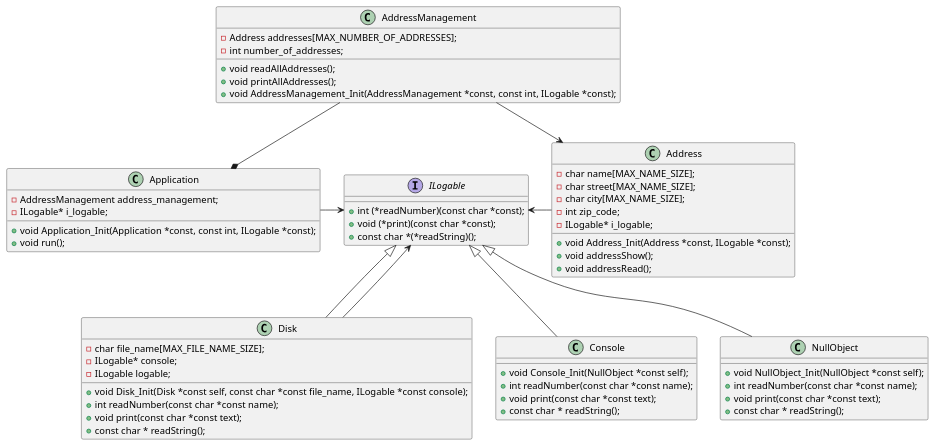
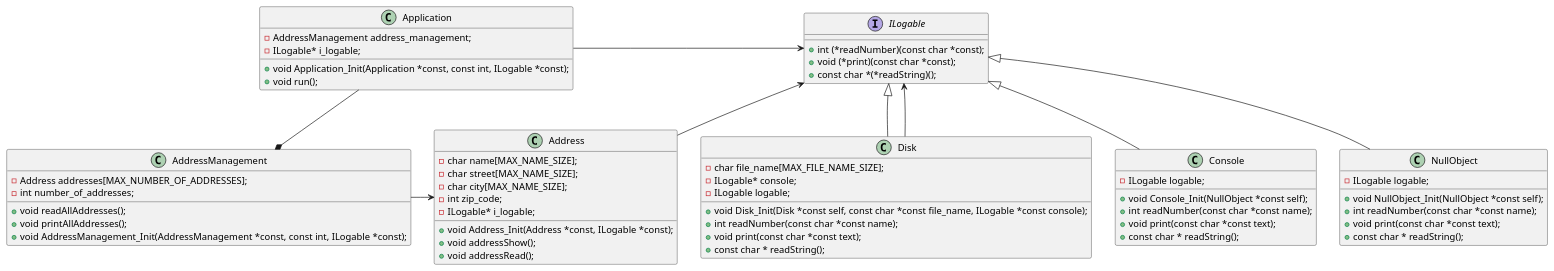
The diagram in Exercises/MyTries/refactoring/smells_interface/smells/uml.puml (MatrixWeber/CleanCode_C), drawn with PlantUML before and after one commit. The commit also changed 43 other files, not shown here.

```diff
--- a/Exercises/MyTries/refactoring/smells_interface/smells/uml.puml
+++ b/Exercises/MyTries/refactoring/smells_interface/smells/uml.puml
@@ -1,70 +1,72 @@
 @startuml
 'https://plantuml.com/class-diagram
 
 interface ILogable
 {
  +    int (*readNumber)(const char *const);
  +    void (*print)(const char *const);
  +    const char *(*readString)();
 }
 
+Application  --* AddressManagement
 ILogable <|-- Disk
 ILogable <-- Disk
-ILogable <- Address
+ILogable <-- Address
 Application -> ILogable
-AddressManagement  --* Application
-AddressManagement  --> Address
+AddressManagement  -> Address
 ILogable <|-- Console
 ILogable <|-- NullObject
 
 
 class Disk {
  +    void Disk_Init(Disk *const self, const char *const file_name, ILogable *const console);
  +    int readNumber(const char *const name);
  +    void print(const char *const text);
  +    const char * readString();
  -    char file_name[MAX_FILE_NAME_SIZE];
  -    ILogable* console;
  -    ILogable logable;
 }
 
 class Console {
  +    void Console_Init(NullObject *const self);
  +    int readNumber(const char *const name);
  +    void print(const char *const text);
  +    const char * readString();
+  -    ILogable logable;
 }
 
 class NullObject {
  +    void NullObject_Init(NullObject *const self);
  +    int readNumber(const char *const name);
  +    void print(const char *const text);
  +    const char * readString();
+  -    ILogable logable;
 }
 
 class Application {
     - AddressManagement address_management;
     - ILogable* i_logable;
     + void Application_Init(Application *const, const int, ILogable *const);
     + void run();
 }
 
 class AddressManagement {
     -     Address addresses[MAX_NUMBER_OF_ADDRESSES];
     -     int number_of_addresses;
     +     void readAllAddresses();
     +     void printAllAddresses();
     +     void AddressManagement_Init(AddressManagement *const, const int, ILogable *const);
 }
 
 class Address {
     -         char name[MAX_NAME_SIZE];
      -         char street[MAX_NAME_SIZE];
     -          char city[MAX_NAME_SIZE];
     -          int zip_code;
     -          ILogable* i_logable;
     +          void Address_Init(Address *const, ILogable *const);
      +         void addressShow();
     +          void addressRead();
 }
 @enduml
```
